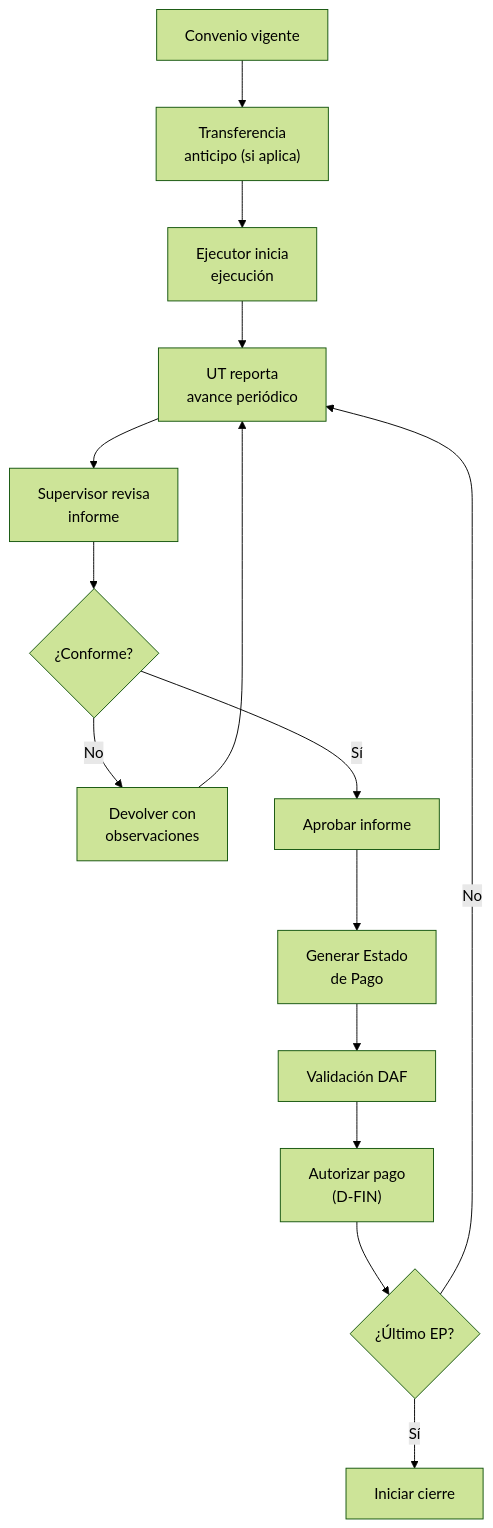
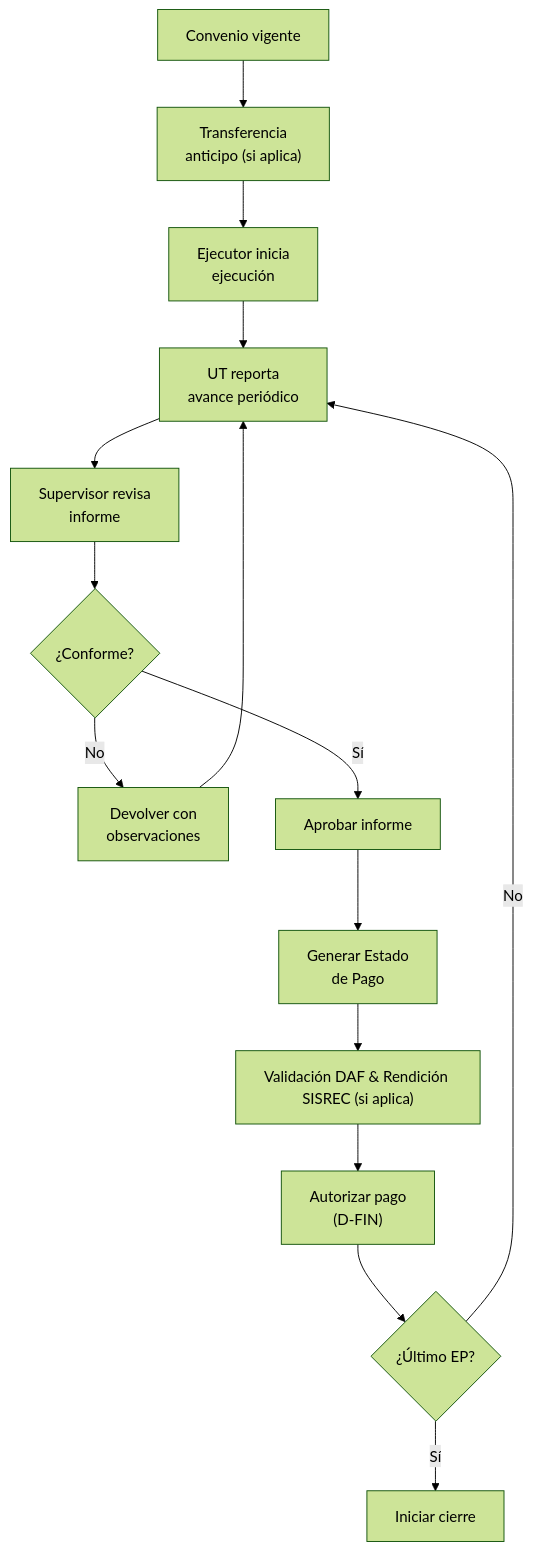
One commit to felix-antonio-sl/gore_os changed the third of 5 diagrams in docs/blueprint/domains/domain_d-ejec.md. Above: the diagram before and after it, drawn with Mermaid (forest theme). The commit also changed other lines of this file and 26 other files, not shown here.

````diff
--- a/docs/blueprint/domains/domain_d-ejec.md
+++ b/docs/blueprint/domains/domain_d-ejec.md
@@ -178,17 +190,17 @@
 ```mermaid
 flowchart TD
     A["Convenio vigente"] --> B["Transferencia<br/>anticipo (si aplica)"]
     B --> C["Ejecutor inicia<br/>ejecución"]
     C --> D["UT reporta<br/>avance periódico"]
     D --> E["Supervisor revisa<br/>informe"]
     E --> F{"¿Conforme?"}
     F -->|"No"| G["Devolver con<br/>observaciones"]
     G --> D
     F -->|"Sí"| H["Aprobar informe"]
     H --> I["Generar Estado<br/>de Pago"]
-    I --> J["Validación DAF"]
+    I --> J["Validación DAF & Rendición SISREC (si aplica)"]
     J --> K["Autorizar pago<br/>(D-FIN)"]
     K --> L{"¿Último EP?"}
     L -->|"No"| D
     L -->|"Sí"| M["Iniciar cierre"]
 ```
````
